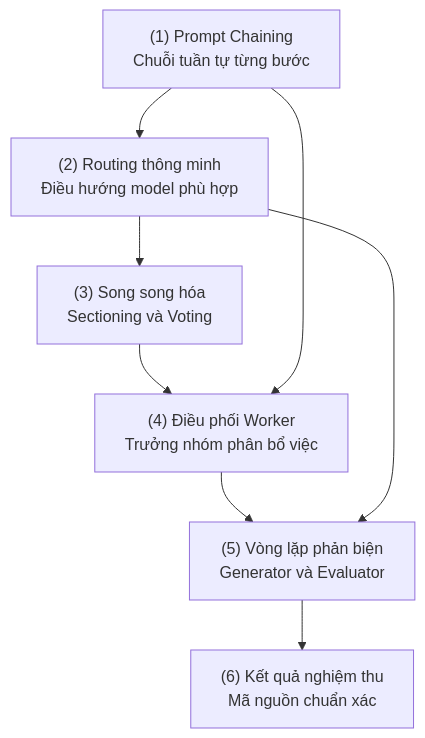
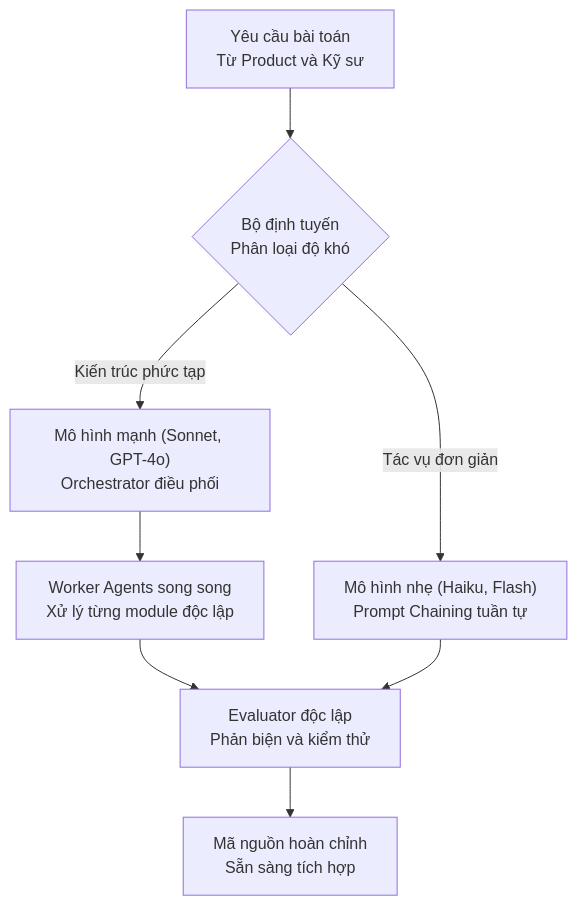
One commit to nguyengoctin/my_website changed the third of 6 diagrams in content/posts/ky-nghe-phan-mem-ban-dia-ai-va-5-bai-hoc-lam-chu-ai-agents.md. Above: the diagram before and after it, drawn with Mermaid. The commit also changed other lines of this file and 19 other files, not shown here.

Commit message:
chore: implement Mermaid best-practice audit script, apply auto-fixes to posts, and adjust rendering configurations

````diff
--- a/content/posts/ky-nghe-phan-mem-ban-dia-ai-va-5-bai-hoc-lam-chu-ai-agents.md
+++ b/content/posts/ky-nghe-phan-mem-ban-dia-ai-va-5-bai-hoc-lam-chu-ai-agents.md
@@ -94,16 +90,17 @@
 ```mermaid
 flowchart TD
-    Chain["(1) Prompt Chaining<br/>Chuỗi tuần tự từng bước"]
-    Route["(2) Routing thông minh<br/>Điều hướng model phù hợp"]
-    Parallel["(3) Song song hóa<br/>Sectioning và Voting"]
-    Orchestrator["(4) Điều phối Worker<br/>Trưởng nhóm phân bổ việc"]
-    Evaluator["(5) Vòng lặp phản biện<br/>Generator và Evaluator"]
-    Output["(6) Kết quả nghiệm thu<br/>Mã nguồn chuẩn xác"]
-    Chain --> Route
-    Route --> Parallel
-    Parallel --> Orchestrator
-    Orchestrator --> Evaluator
-    Evaluator --> Output
-    Chain --> Orchestrator
-    Route --> Evaluator
+    Task["Yêu cầu bài toán<br/>Từ Product và Kỹ sư"]
+    Route{"Bộ định tuyến<br/>Phân loại độ khó"}
+    Simple["Mô hình nhẹ (Haiku, Flash)<br/>Prompt Chaining tuần tự"]
+    Complex["Mô hình mạnh (Sonnet, GPT-4o)<br/>Orchestrator điều phối"]
+    Workers["Worker Agents song song<br/>Xử lý từng module độc lập"]
+    Eval["Evaluator độc lập<br/>Phản biện và kiểm thử"]
+    Output["Mã nguồn hoàn chỉnh<br/>Sẵn sàng tích hợp"]
+    Task --> Route
+    Route -->|Tác vụ đơn giản| Simple
+    Route -->|Kiến trúc phức tạp| Complex
+    Complex --> Workers
+    Workers --> Eval
+    Simple --> Eval
+    Eval --> Output
 ```
````
